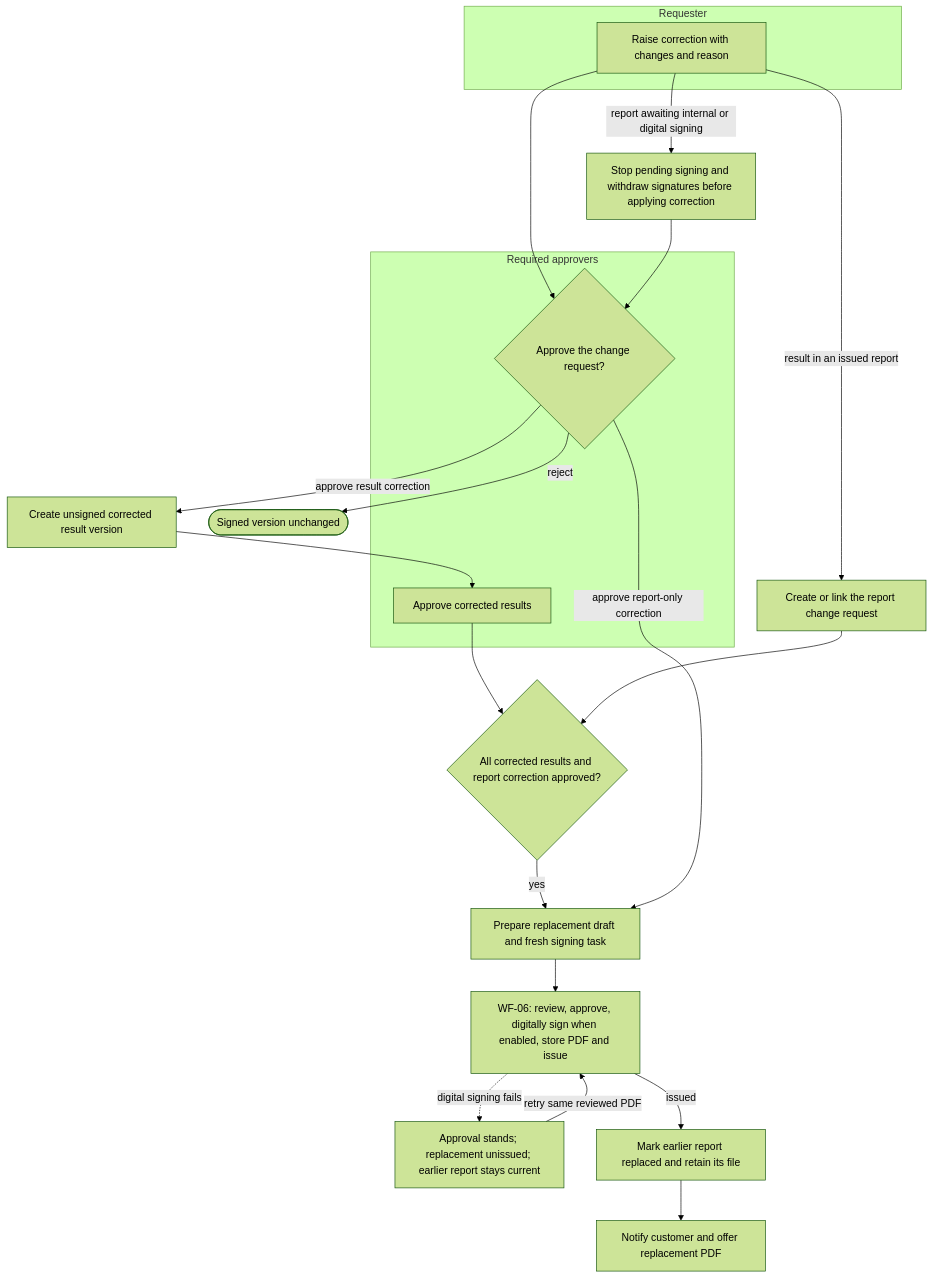
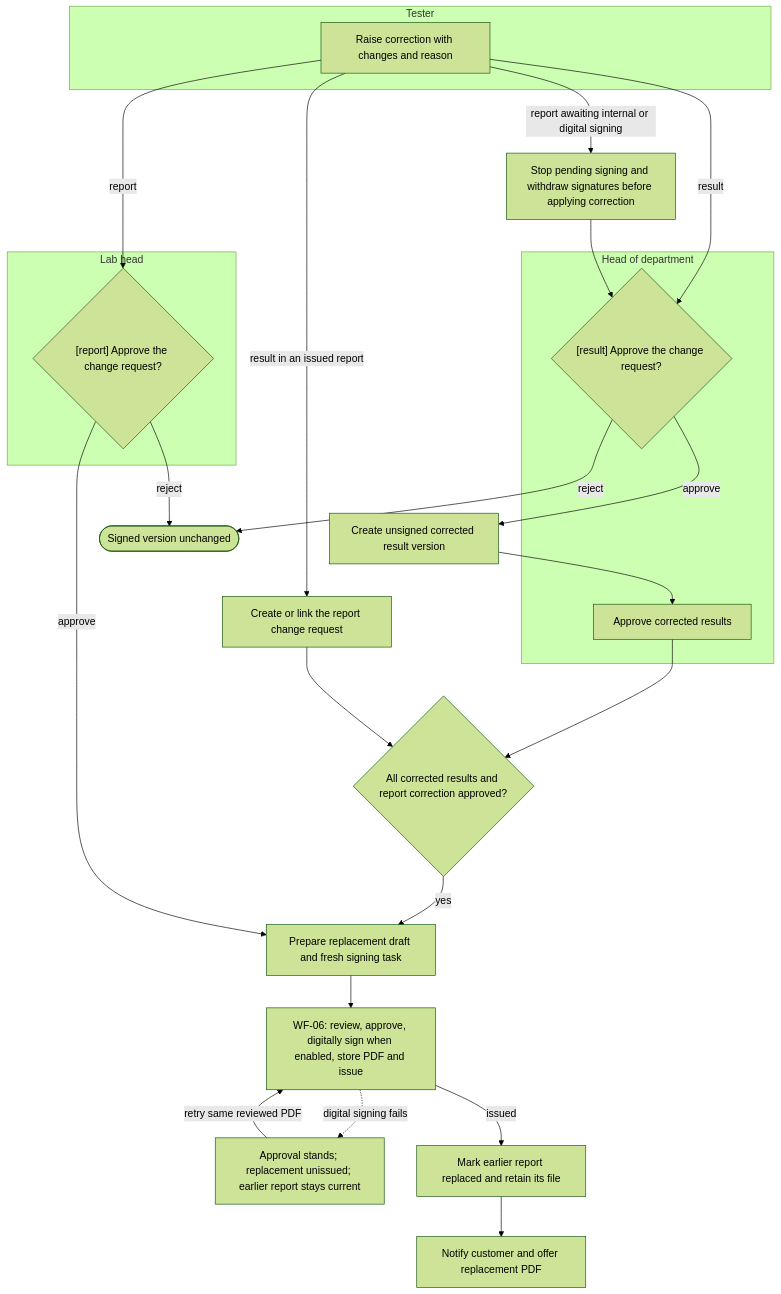
One commit to SoltuneMontepre/medilab changed the ninth of 17 diagrams in docs/functional/business-flows.md. Above: the diagram before and after it, drawn with Mermaid (forest theme). The commit also changed other lines of this file and 2 other files, not shown here.

Commit message:
[docs] Draw the lanes of the business flows as the people who act
A lane is an actor, and a permission or role is a tag on its activity. The Lab Head edits reports through the report edit permission in WF-06, SF-03 has Tester, Head of department and Lab head lanes, and the folder owner of SF-11 is a tester.

````diff
--- a/docs/functional/business-flows.md
+++ b/docs/functional/business-flows.md
@@ -425,25 +423,30 @@
 ```mermaid
 flowchart TD
-    subgraph lane24 ["Requester"]
+    subgraph lane24 ["Tester"]
         r1[Raise correction with changes and reason]
     end
-    subgraph lane25 ["Required approvers"]
-        s1{Approve the change request?}
+    subgraph lane25 ["Head of department"]
+        sr{"[result] Approve the change request?"}
         s2[Approve corrected results]
     end
-    r1 --> s1
+    subgraph lane73 ["Lab head"]
+        sp{"[report] Approve the change request?"}
+    end
+    r1 -->|result| sr
+    r1 -->|report| sp
     r1 -->|result in an issued report| link[Create or link the report change request]
     r1 -->|report awaiting internal or digital signing| stop[Stop pending signing and withdraw signatures before applying correction]
-    s1 -->|reject| kept([Signed version unchanged])
-    s1 -->|approve result correction| result[Create unsigned corrected result version] --> s2
-    stop --> s1
+    sr -->|reject| kept([Signed version unchanged])
+    sp -->|reject| kept
+    sr -->|approve| result[Create unsigned corrected result version] --> s2
+    stop --> sr
     s2 --> ready{All corrected results and report correction approved?}
     link --> ready
     ready -->|yes| draft[Prepare replacement draft and fresh signing task]
-    s1 -->|approve report-only correction| draft
+    sp -->|approve| draft
     draft --> release[WF-06: review, approve, digitally sign when enabled, store PDF and issue]
     release -.->|digital signing fails| pending[Approval stands; replacement unissued; earlier report stays current]
     pending -->|retry same reviewed PDF| release
     release -->|issued| issued[Mark earlier report replaced and retain its file]
     issued --> notice[Notify customer and offer replacement PDF]
 ```
````
